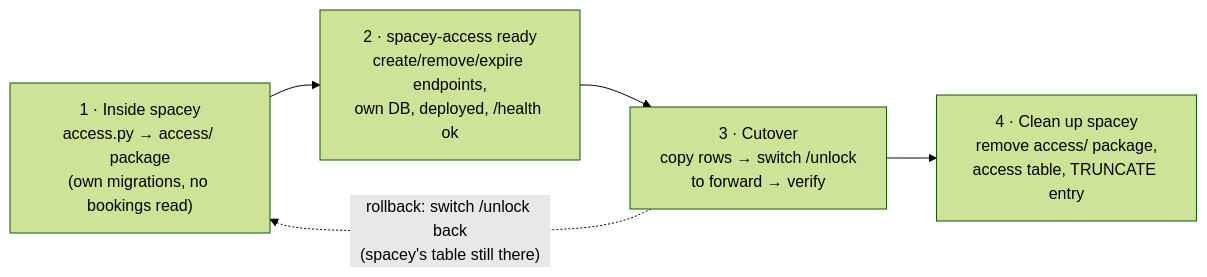
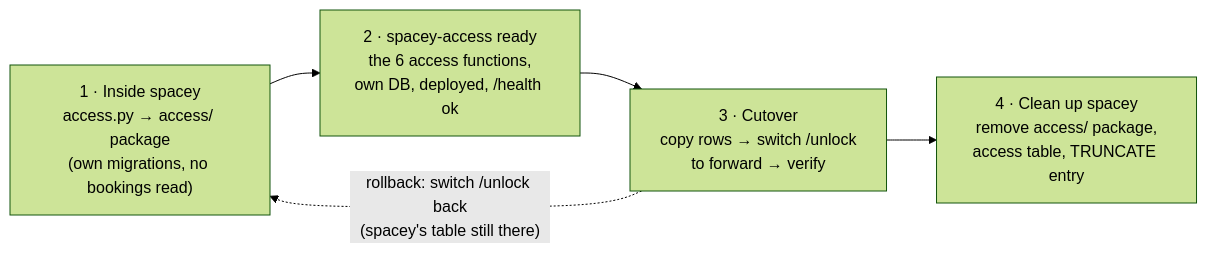
The diagram in docs/migrate-from-spacey.md (cs403bkk-2026/spacey-access), drawn with Mermaid (forest theme) before and after one commit. The commit also changed other lines of this file and 16 other files, not shown here.

````diff
--- a/docs/migrate-from-spacey.md
+++ b/docs/migrate-from-spacey.md
@@ -24,9 +24,9 @@
 ```mermaid
 flowchart LR
     S1["1 · Inside spacey<br/>access.py → access/ package<br/>(own migrations, no bookings read)"]
-    S2["2 · spacey-access ready<br/>create/remove/expire endpoints,<br/>own DB, deployed, /health ok"]
+    S2["2 · spacey-access ready<br/>the 6 access functions,<br/>own DB, deployed, /health ok"]
     S3["3 · Cutover<br/>copy rows → switch /unlock<br/>to forward → verify"]
     S4["4 · Clean up spacey<br/>remove access/ package,<br/>access table, TRUNCATE entry"]
     S1 --> S2 --> S3 --> S4
     S3 -. "rollback: switch /unlock back<br/>(spacey's table still there)" .-> S1
 ```
````
